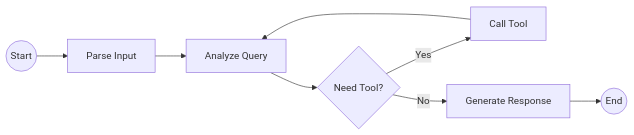
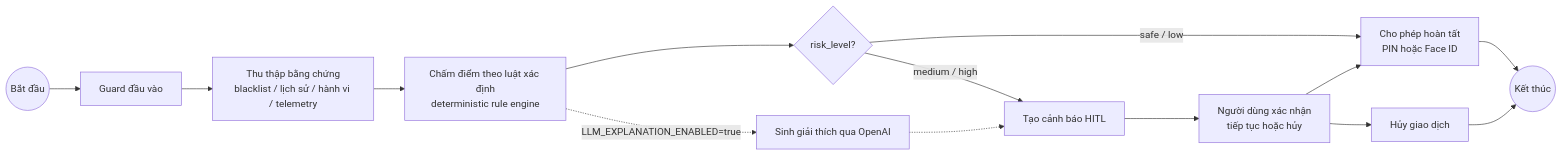
The second of 2 diagrams in docs/architecture_diagram.md (ngovan15121977-bit/Anti-Scam-Demo), drawn with Mermaid before and after one commit. The commit also changed other lines of this file and 39 other files, not shown here.

````diff
--- a/docs/architecture_diagram.md
+++ b/docs/architecture_diagram.md
@@ -18,10 +37,16 @@
 ```mermaid
 graph LR
-    START((Start)) --> Input[Parse Input]
-    Input --> Analyze[Analyze Query]
-    Analyze --> Decide{Need Tool?}
-    Decide -->|Yes| CallTool[Call Tool]
-    CallTool --> Analyze
-    Decide -->|No| Generate[Generate Response]
-    Generate --> END((End))
+    START((Bắt đầu)) --> Guard[Guard đầu vào]
+    Guard --> Evidence[Thu thập bằng chứng<br/>blacklist / lịch sử / hành vi / telemetry]
+    Evidence --> Score[Chấm điểm theo luật xác định<br/>deterministic rule engine]
+    Score --> Decide{risk_level?}
+    Decide -->|safe / low| Complete[Cho phép hoàn tất<br/>PIN hoặc Face ID]
+    Decide -->|medium / high| Warn[Tạo cảnh báo HITL]
+    Warn --> HITL[Người dùng xác nhận<br/>tiếp tục hoặc hủy]
+    HITL --> Complete
+    HITL --> Cancel[Hủy giao dịch]
+    Score -.LLM_EXPLANATION_ENABLED=true.-> Explain[Sinh giải thích qua OpenAI]
+    Explain -.-> Warn
+    Complete --> END((Kết thúc))
+    Cancel --> END
 ```
````
